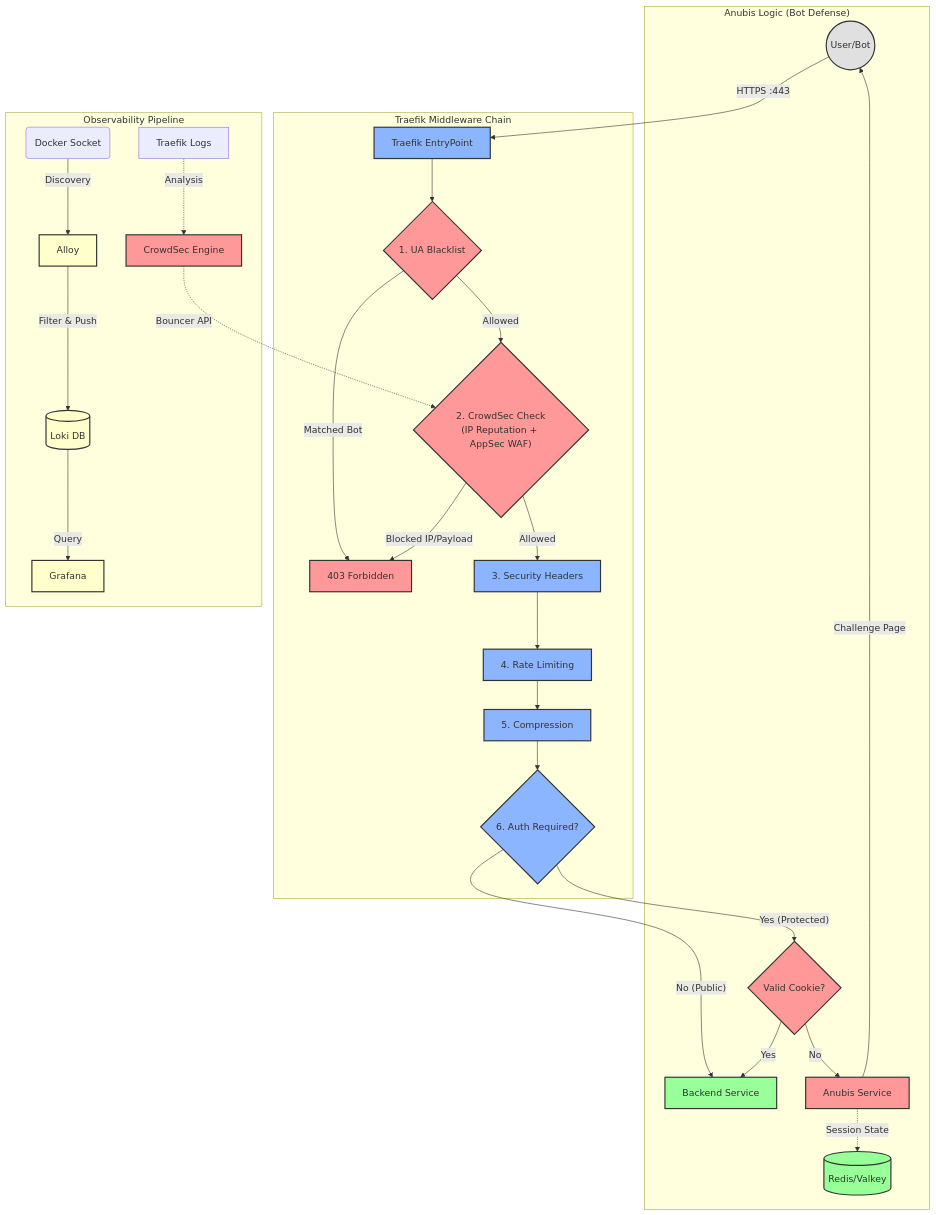
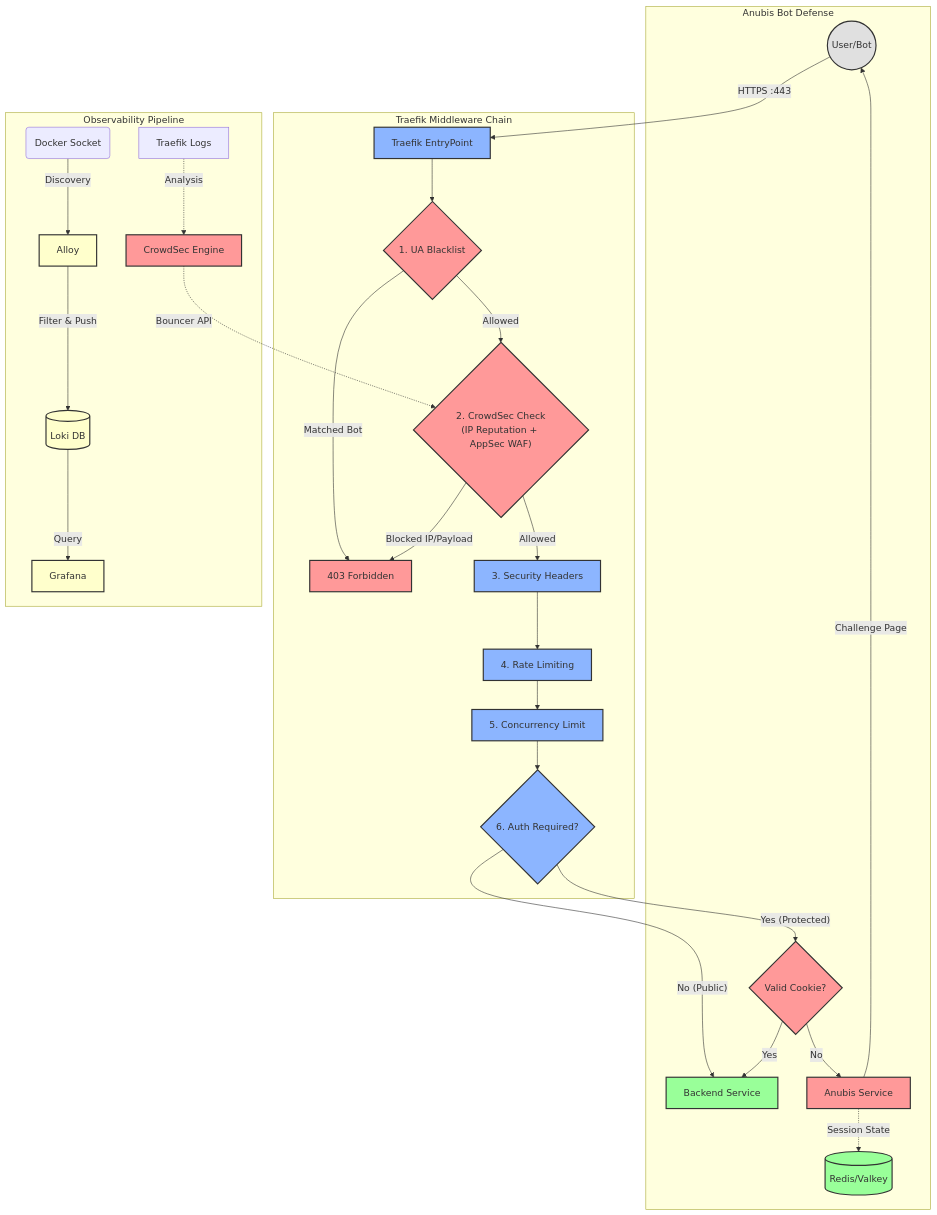
The diagram in README.md (pinano/traefik-crowdsec-anubis-grafana), drawn with Mermaid before and after one commit. The commit also changed other lines of this file and 1 other file, not shown here.

Commit message:
docs: rewrite AGENTS.md and README.md to provide comprehensive technical documentation and architecture guidelines

````diff
--- a/README.md
+++ b/README.md
@@ -127,39 +176,39 @@
 ```mermaid
 graph TD
     classDef user fill:#e0e0e0,stroke:#333,stroke-width:2px;
     classDef traefik fill:#8cb5ff,stroke:#333,stroke-width:2px;
     classDef security fill:#ff9999,stroke:#333,stroke-width:2px;
     classDef app fill:#99ff99,stroke:#333,stroke-width:2px;
     classDef observ fill:#ffffcc,stroke:#333,stroke-width:2px;
 
     User((User/Bot)):::user -->|HTTPS :443| T_Entry[Traefik EntryPoint]:::traefik
 
     subgraph "Traefik Middleware Chain"
         T_Entry --> MW_UA{1. UA Blacklist}:::security
         MW_UA -- Matched Bot --> Block[403 Forbidden]:::security
         MW_UA -- Allowed --> MW_CS{"2. CrowdSec Check\n(IP Reputation + AppSec WAF)"}:::security
         MW_CS -- Blocked IP/Payload --> Block
         MW_CS -- Allowed --> MW_Sec["3. Security Headers"]:::traefik
         MW_Sec --> MW_RL["4. Rate Limiting"]:::traefik
-        MW_RL --> MW_Comp["5. Compression"]:::traefik
-        MW_Comp --> MW_Auth{6. Auth Required?}:::traefik
+        MW_RL --> MW_CC["5. Concurrency Limit"]:::traefik
+        MW_CC --> MW_Auth{6. Auth Required?}:::traefik
     end
 
-    subgraph "Anubis Logic (Bot Defense)"
+    subgraph "Anubis Bot Defense"
         MW_Auth -- No (Public) --> Backend
         MW_Auth -- Yes (Protected) --> Check_Auth{"Valid Cookie?"}:::security
         Check_Auth -- Yes --> Backend[Backend Service]:::app
         Check_Auth -- No --> Anubis_Svc[Anubis Service]:::security
         Anubis_Svc -->|Challenge Page| User
         Anubis_Svc -.->|Session State| Redis[(Redis/Valkey)]:::app
     end
 
     subgraph "Observability Pipeline"
         Docker_Sock(Docker Socket) -->|Discovery| Alloy:::observ
         Alloy -->|Filter & Push| Loki[(Loki DB)]:::observ
         Loki -->|Query| Grafana[Grafana]:::observ
-        
+
         Traefik_Logs[Traefik Logs] -.->|Analysis| CrowdSec[CrowdSec Engine]:::security
         CrowdSec -.->|Bouncer API| MW_CS
     end
 ```
````
